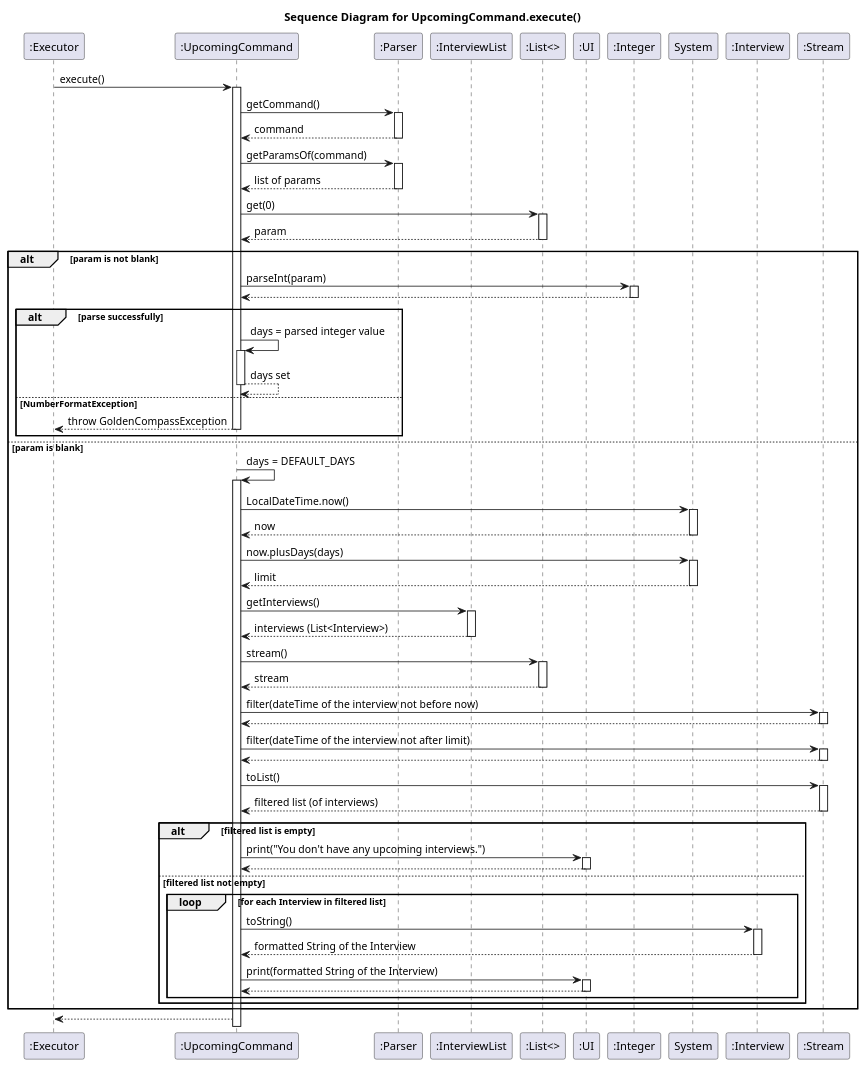
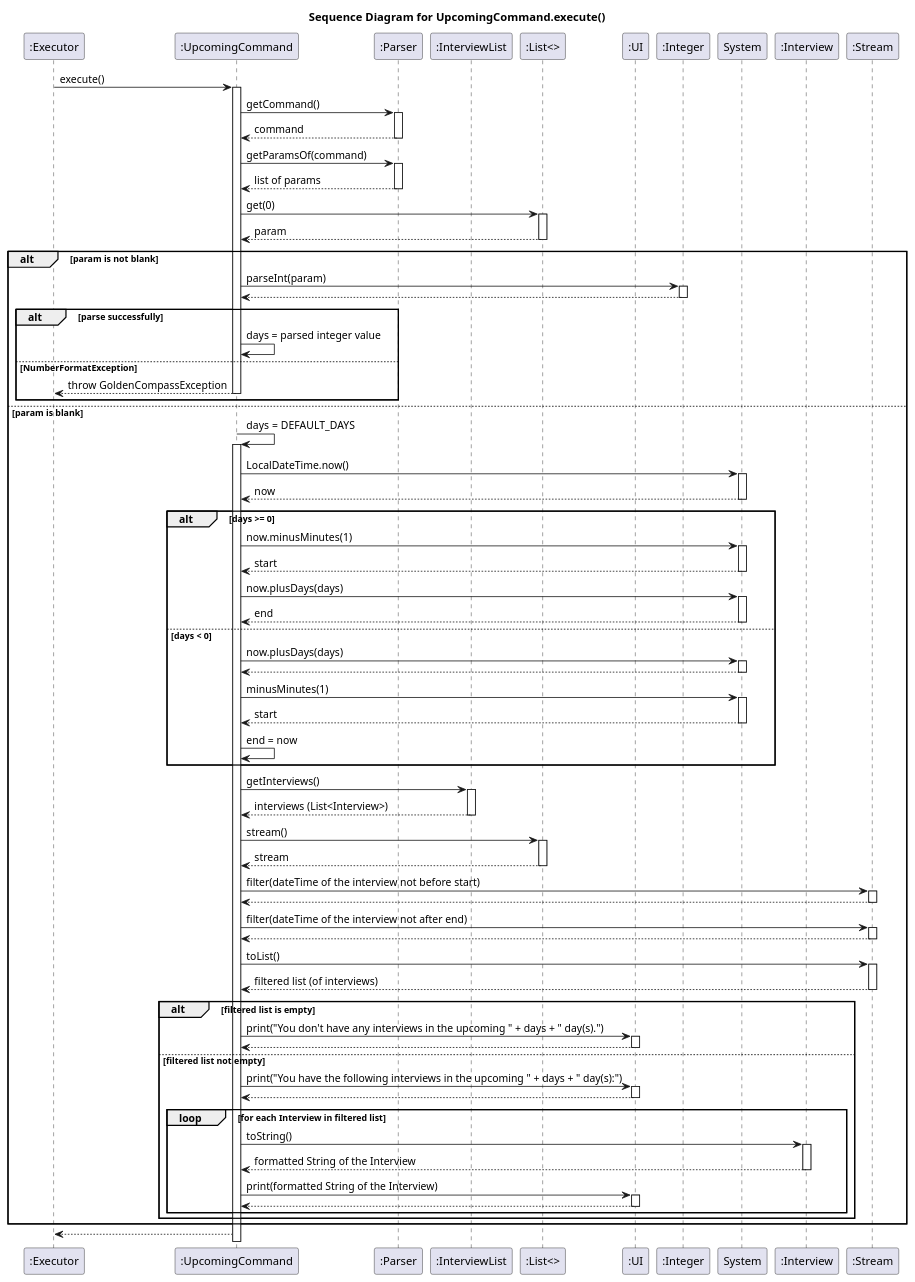
Before and after one commit to the-RoaringCat/tp: the diagram in docs/diagrams/UpcomingCommandSequenceDiagram.puml, drawn with PlantUML. The commit also changed 2 other files, not shown here.

```diff
--- a/docs/diagrams/UpcomingCommandSequenceDiagram.puml
+++ b/docs/diagrams/UpcomingCommandSequenceDiagram.puml
@@ -1,102 +1,119 @@
 @startuml
 title Sequence Diagram for UpcomingCommand.execute()
 
 participant ":Executor" as E
 participant ":UpcomingCommand" as UC
 participant ":Parser" as P
 participant ":InterviewList" as IL
 participant ":List<>" as L
 participant ":UI" as UI
 participant ":Integer" as I
 participant "System" as Sys
 participant ":Interview" as Int
 participant ":Stream" as S
 
 E -> UC: execute()
 activate UC
 UC -> P: getCommand()
 activate P
 P --> UC: command
 deactivate P
 
 UC -> P: getParamsOf(command)
 activate P
 P --> UC: list of params
 deactivate P
 
 UC -> L: get(0)
 activate L
 L --> UC: param
 deactivate L
 
 alt param is not blank
     UC -> I: parseInt(param)
     activate I
     I --> UC
     deactivate I
     alt parse successfully
     UC -> UC: days = parsed integer value
-    activate UC
-    UC --> UC: days set
-    deactivate UC
     else NumberFormatException
     UC --> E: throw GoldenCompassException
     deactivate UC
     end
 else param is blank
 UC -> UC: days = DEFAULT_DAYS
 activate UC
 
 UC -> Sys: LocalDateTime.now()
 activate Sys
 Sys --> UC: now
 deactivate Sys
 
+alt days >= 0
+UC -> Sys: now.minusMinutes(1)
+activate Sys
+Sys --> UC: start
+deactivate Sys
 UC -> Sys: now.plusDays(days)
 activate Sys
-Sys --> UC: limit
+Sys --> UC: end
 deactivate Sys
+else days < 0
+UC -> Sys: now.plusDays(days)
+activate Sys
+Sys --> UC
+deactivate Sys
+UC -> Sys: minusMinutes(1)
+activate Sys
+Sys --> UC: start
+deactivate Sys
+UC -> UC: end = now
+end
 
 UC -> IL: getInterviews()
 activate IL
 IL --> UC: interviews (List<Interview>)
 deactivate IL
 
 UC -> L: stream()
 activate L
 L --> UC: stream
 deactivate L
-UC -> S: filter(dateTime of the interview not before now)
+UC -> S: filter(dateTime of the interview not before start)
 activate S
 S --> UC
 deactivate S
-UC -> S: filter(dateTime of the interview not after limit)
+UC -> S: filter(dateTime of the interview not after end)
 activate S
 S --> UC
 deactivate S
 UC -> S: toList()
 activate S
 S --> UC: filtered list (of interviews)
 deactivate S
 
 
 alt filtered list is empty
-    UC -> UI: print("You don't have any upcoming interviews.")
+    UC -> UI: print("You don't have any interviews in the upcoming " + days + " day(s).")
     activate UI
     UI --> UC:
     deactivate UI
 else filtered list not empty
+    UC -> UI: print("You have the following interviews in the upcoming " + days + " day(s):")
+    activate UI
+    UI --> UC:
+    deactivate UI
     loop for each Interview in filtered list
         UC -> Int: toString()
         activate Int
         Int --> UC: formatted String of the Interview
         deactivate Int
         UC -> UI: print(formatted String of the Interview)
         activate UI
         UI --> UC:
         deactivate UI
     end
 end
 end
 UC --> E
 @enduml
```
